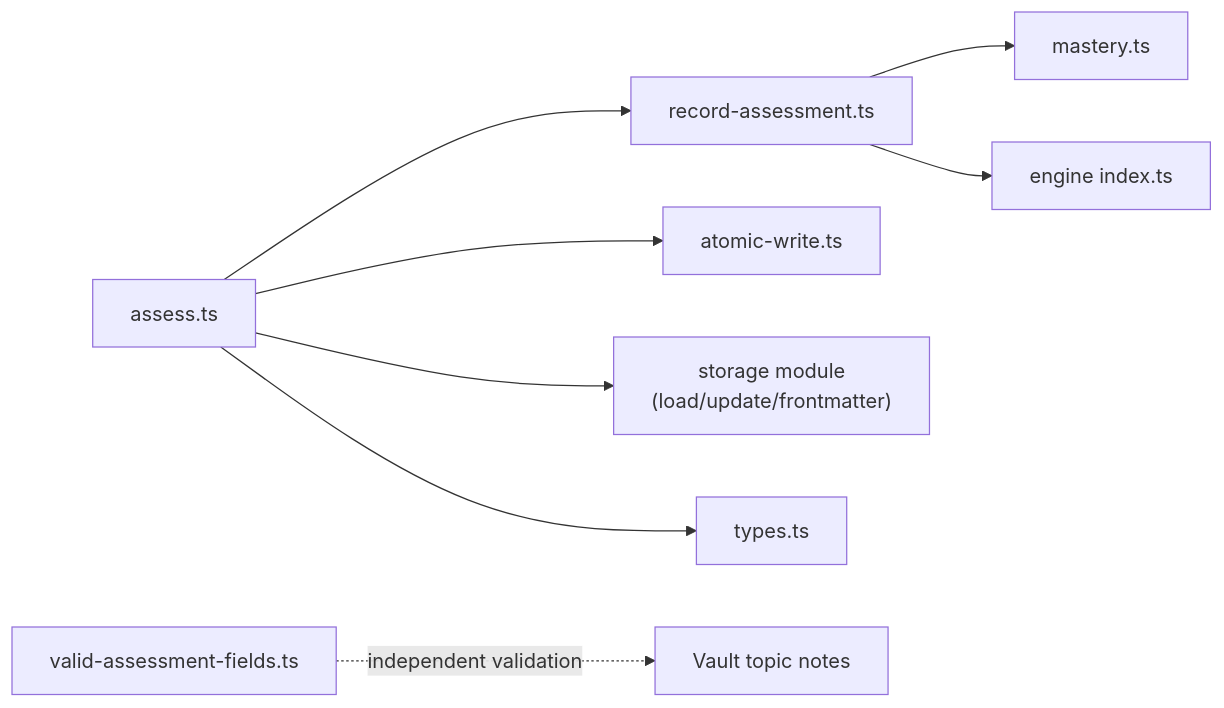
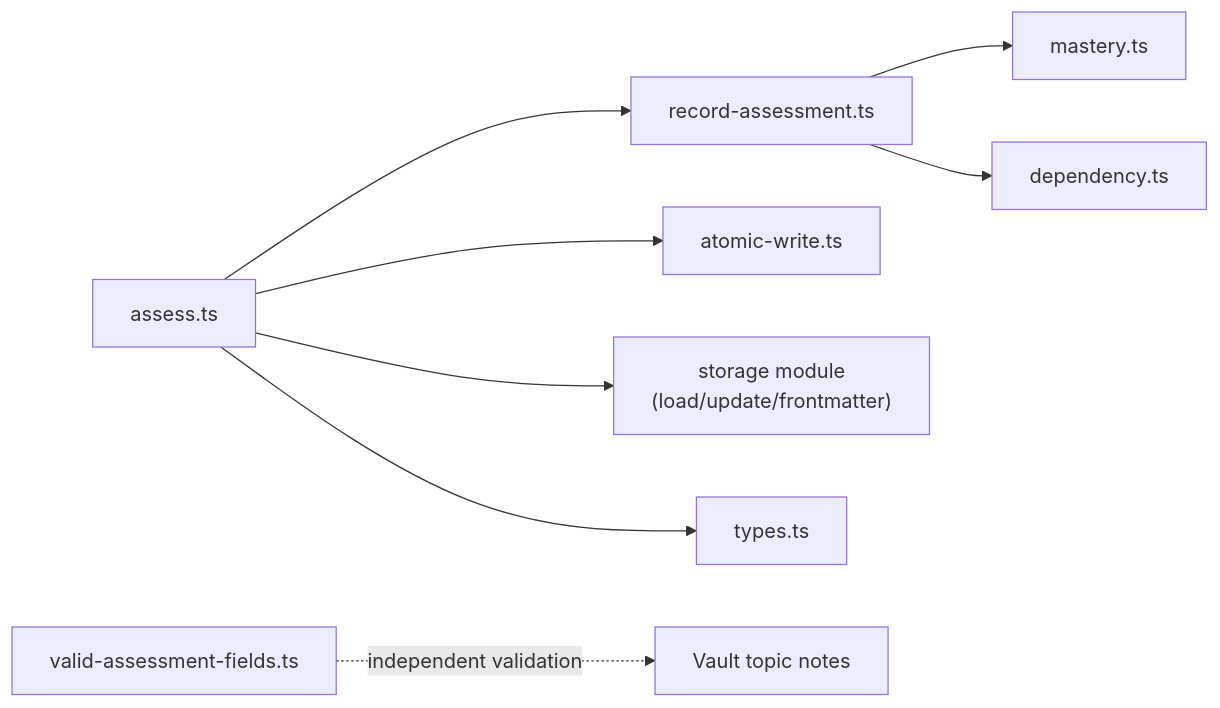
One commit to Kuldeep2822k/palee-architecture changed the eighth of 8 diagrams in Application Layer/Assessment Recording Workflow.md. Above: the diagram before and after it, drawn with Mermaid. The commit also changed other lines of this file and 6 other files, not shown here.

Commit message:
docs(application): remove phantom engine-index layer, fix mastery and readiness claims

````diff
--- a/Application Layer/Assessment Recording Workflow.md
+++ b/Application Layer/Assessment Recording Workflow.md
@@ -278,10 +278,10 @@
 ```mermaid
 graph LR
     AssessCLI["assess.ts"] --> RecordApp["record-assessment.ts"]
     RecordApp --> Mastery["mastery.ts"]
-    RecordApp --> EngineIndex["engine index.ts"]
+    RecordApp --> Dependency["dependency.ts"]
     AssessCLI --> AtomicWrite["atomic-write.ts"]
     AssessCLI --> StorageModule["storage module<br/>(load/update/frontmatter)"]
     AssessCLI --> Types["types.ts"]
     ValidRule["valid-assessment-fields.ts"] -. "independent validation" .-> VaultNotes["Vault topic notes"]
 ```
````
